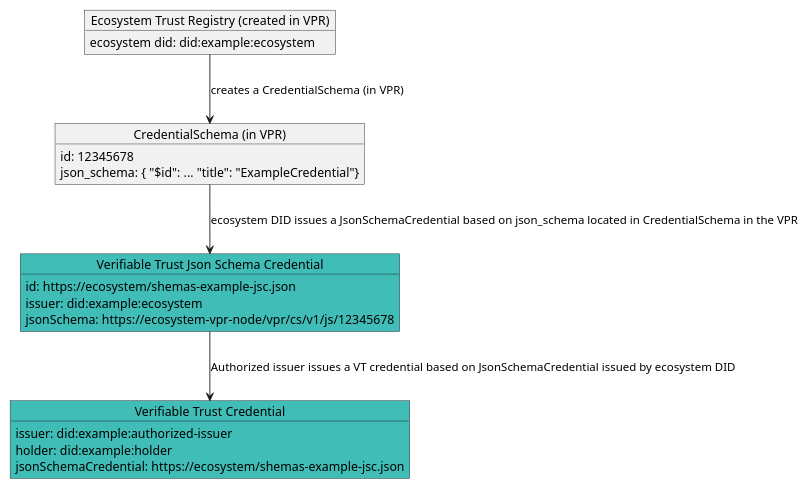
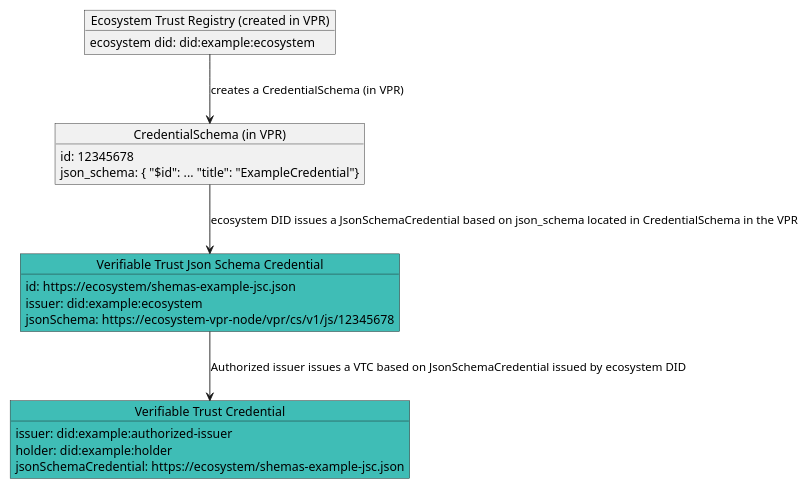
Before and after one commit to verana-labs/verifiable-trust-spec: the fourth of 4 diagrams in spec.md, drawn with PlantUML. The commit also changed other lines of this file and 1 other file, not shown here.

````diff
--- a/spec.md
+++ b/spec.md
@@ -366,30 +443,30 @@
 ```plantuml
 
 @startuml
 scale max 800 width
 object "Ecosystem Trust Registry (created in VPR)" as es {
   ecosystem did: did:example:ecosystem
 }
 object "CredentialSchema (in VPR)" as cs {
   id: 12345678
   json_schema: { "$id": ... "title": "ExampleCredential"}
 }
 object "Verifiable Trust Json Schema Credential" as jsc #3fbdb6 {
   id: https://ecosystem/shemas-example-jsc.json
   issuer: did:example:ecosystem
   jsonSchema: https://ecosystem-vpr-node/vpr/cs/v1/js/12345678
 }
 
 object "Verifiable Trust Credential" as vscred #3fbdb6 {
   issuer: did:example:authorized-issuer
   holder: did:example:holder
   jsonSchemaCredential: https://ecosystem/shemas-example-jsc.json
 }
 
- jsc --> vscred: Authorized issuer issues a VT credential based on JsonSchemaCredential issued by ecosystem DID
+ jsc --> vscred: Authorized issuer issues a VTC based on JsonSchemaCredential issued by ecosystem DID
 cs --> jsc : ecosystem DID issues a JsonSchemaCredential based on json_schema located in CredentialSchema in the VPR
 es --> cs : creates a CredentialSchema (in VPR)
 
 @enduml
 
 ```
````
